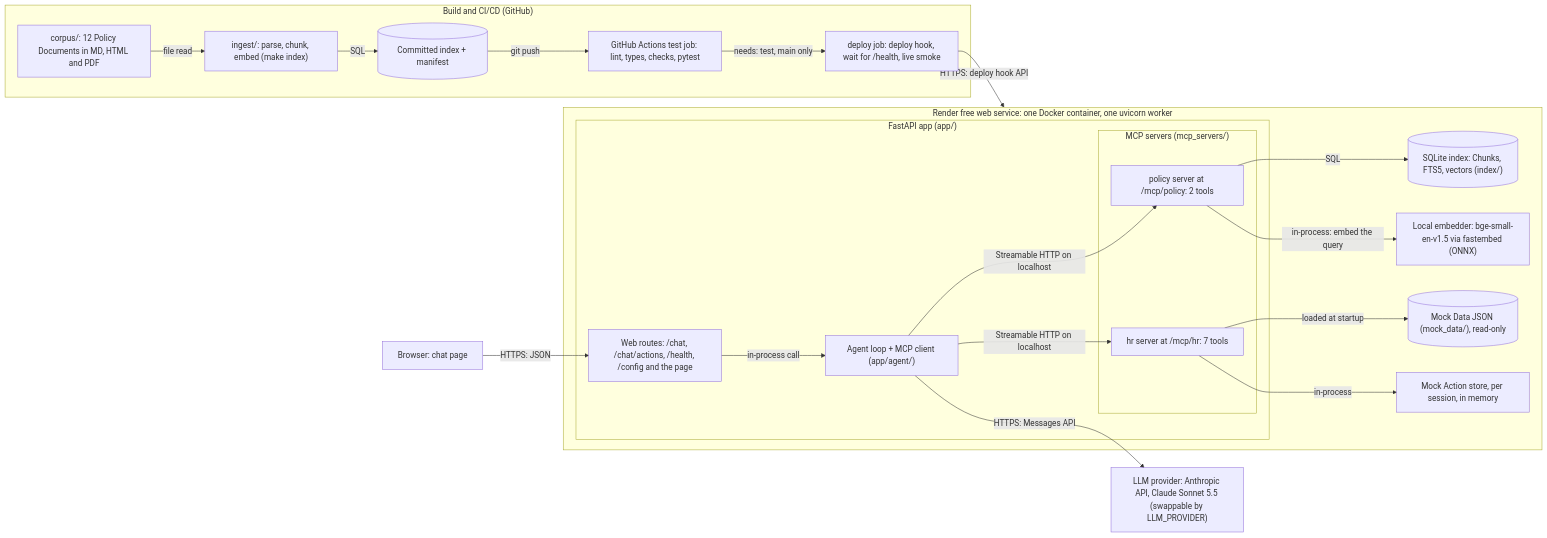
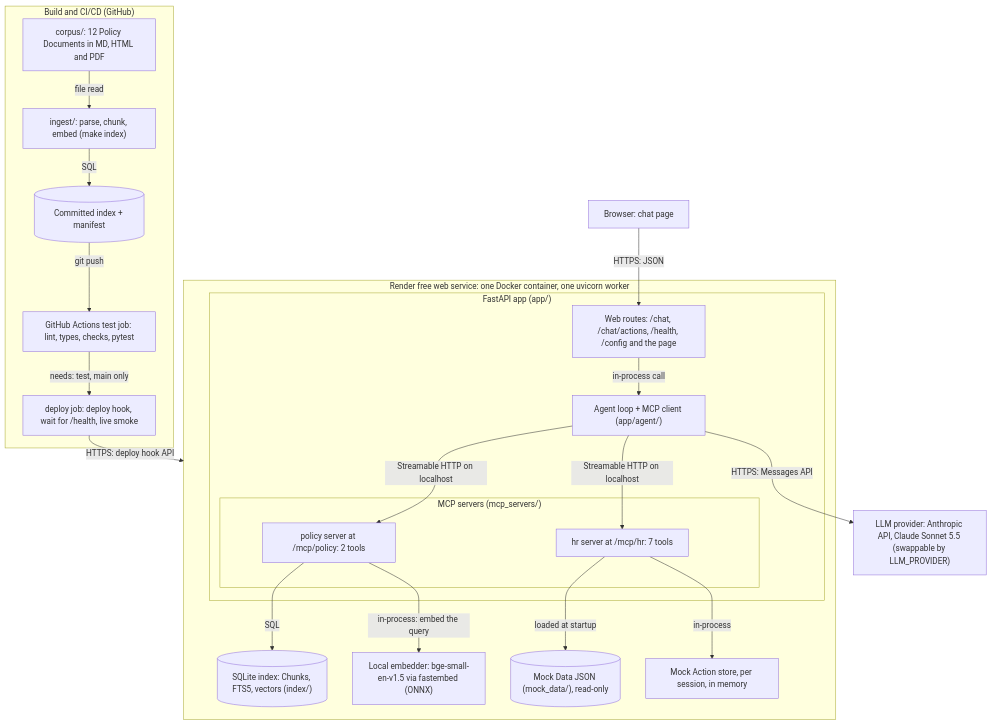
The first of 3 diagrams in design-and-evaluation.md (i2oss/hr-agent), drawn with Mermaid before and after one commit.

Commit message:
Docs: architecture flowchart top-to-bottom so GitHub's render is legible

````diff
--- a/design-and-evaluation.md
+++ b/design-and-evaluation.md
@@ -11,44 +11,44 @@
 ```mermaid
-flowchart LR
+flowchart TB
     user["Browser: chat page"]
     llm["LLM provider: Anthropic API, Claude Sonnet 5.5 (swappable by LLM_PROVIDER)"]
 
     subgraph render["Render free web service: one Docker container, one uvicorn worker"]
         subgraph fastapi["FastAPI app (app/)"]
             web["Web routes: /chat, /chat/actions, /health, /config and the page"]
             loop["Agent loop + MCP client (app/agent/)"]
             subgraph servers["MCP servers (mcp_servers/)"]
                 policy["policy server at /mcp/policy: 2 tools"]
                 hr["hr server at /mcp/hr: 7 tools"]
             end
         end
         index[("SQLite index: Chunks, FTS5, vectors (index/)")]
         embed["Local embedder: bge-small-en-v1.5 via fastembed (ONNX)"]
         mock[("Mock Data JSON (mock_data/), read-only")]
         store["Mock Action store, per session, in memory"]
     end
 
     user -- "HTTPS: JSON" --> web
     web -- "in-process call" --> loop
     loop -- "Streamable HTTP on localhost" --> policy
     loop -- "Streamable HTTP on localhost" --> hr
     loop -- "HTTPS: Messages API" --> llm
     policy -- "SQL" --> index
     policy -- "in-process: embed the query" --> embed
     hr -- "loaded at startup" --> mock
     hr -- "in-process" --> store
 
     subgraph build["Build and CI/CD (GitHub)"]
         corpus["corpus/: 12 Policy Documents in MD, HTML and PDF"]
         ingest["ingest/: parse, chunk, embed (make index)"]
         committed[("Committed index + manifest")]
         test["GitHub Actions test job: lint, types, checks, pytest"]
         deploy["deploy job: deploy hook, wait for /health, live smoke"]
     end
 
     corpus -- "file read" --> ingest
     ingest -- "SQL" --> committed
     committed -- "git push" --> test
     test -- "needs: test, main only" --> deploy
     deploy -- "HTTPS: deploy hook API" --> render
 ```
````
